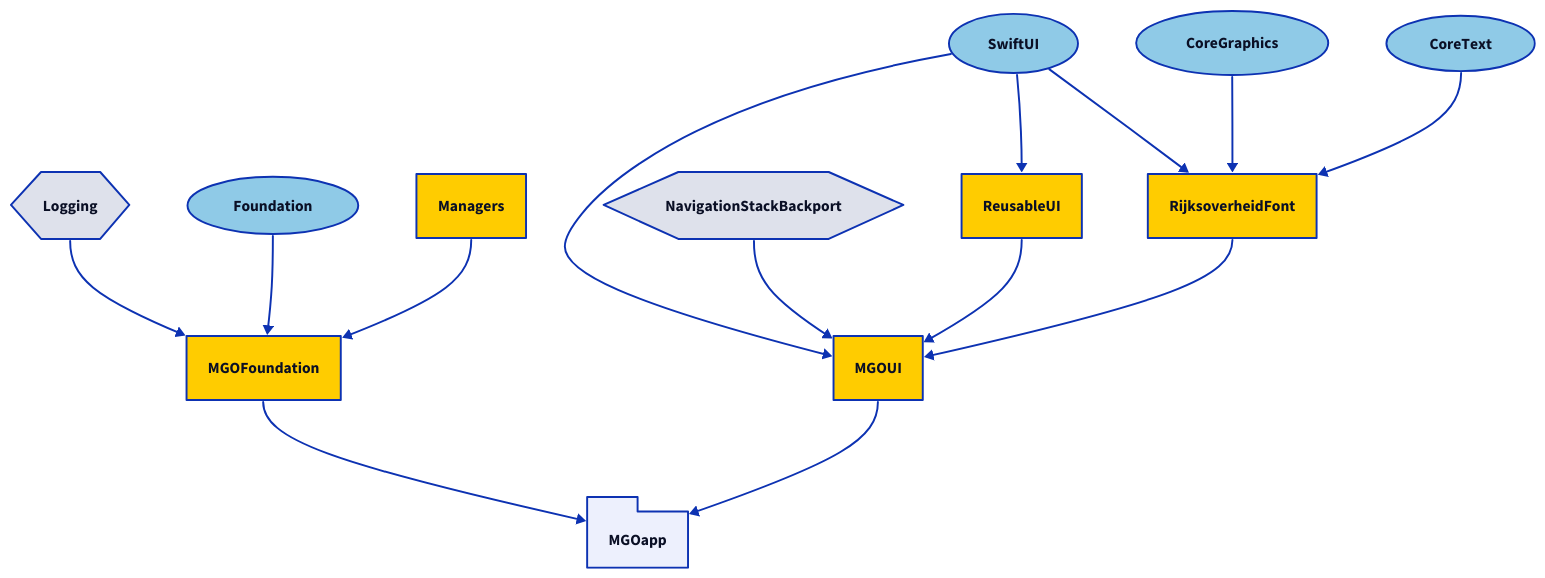
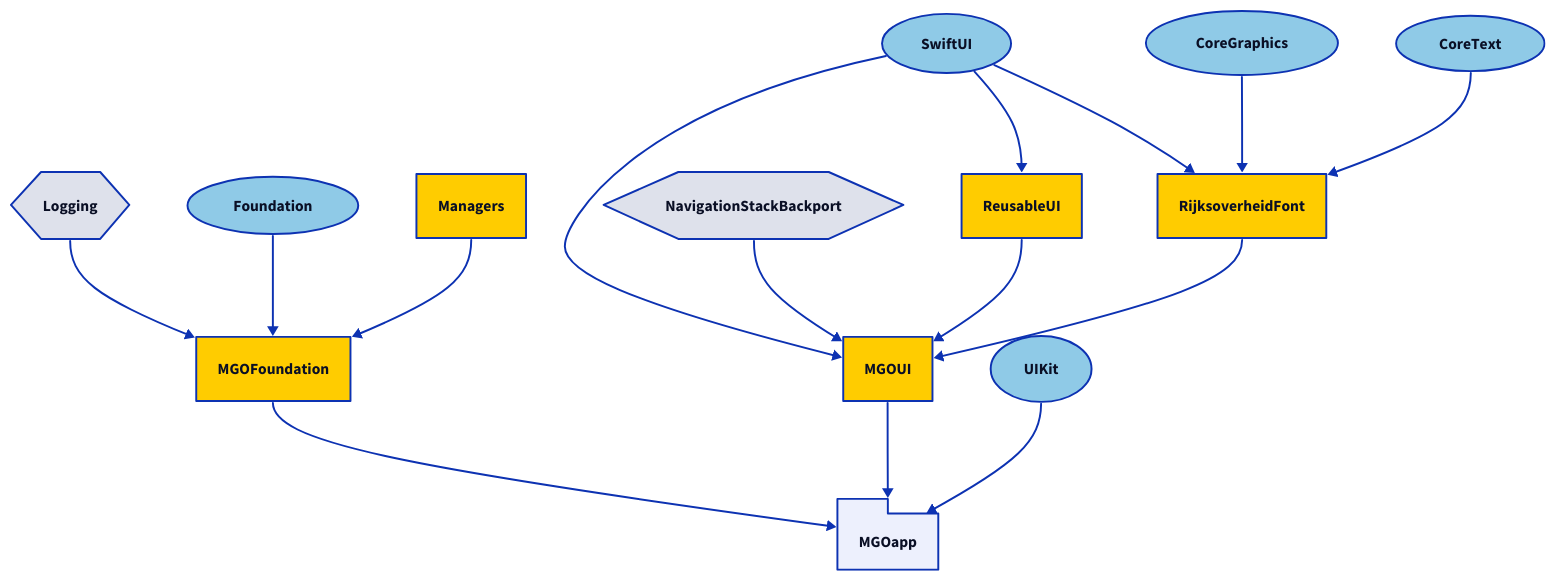
Before and after one commit to minvws/nl-mgo-app-ios: the diagram in Diagrams/packages-withouttests.d2, drawn with D2. The commit also changed 4 other files, not shown here.

```diff
--- a/Diagrams/packages-withouttests.d2
+++ b/Diagrams/packages-withouttests.d2
@@ -1,59 +1,64 @@
 direction: down
 
 # Apple
+UIKit: {
+  shape: oval
+  style.fill: "#8FCAE7"
+}
 SwiftUI: {
   shape: oval
   style.fill: "#8FCAE7"
 }
 Foundation: {
   shape: oval
   style.fill: "#8FCAE7"
 }
 CoreGraphics: {
   shape: oval
   style.fill: "#8FCAE7"
 }
 CoreText: {
   shape: oval
   style.fill: "#8FCAE7"
 }
 
 # Third-Party
 NavigationStackBackport: {
   shape: hexagon
 }
 Logging: {
   shape: hexagon
 }
 
 # The application
 
 MGOapp: {
   shape: package
 }
 
 MGOapp <- MGOFoundation
 MGOapp <- MGOUI
+MGOapp <- UIKit
 
-# - Packages - 
+# - Packages -
 
 MGOFoundation { style.fill: "#ffcc00" }
 MGOFoundation <- Logging
 MGOFoundation <- Foundation
 MGOFoundation <- Managers
 
 MGOUI { style.fill: "#ffcc00" }
 MGOUI <- SwiftUI
 MGOUI <- NavigationStackBackport
 MGOUI <- ReusableUI
 MGOUI <- RijksoverheidFont
 
 Managers { style.fill: "#ffcc00" }
 
 RijksoverheidFont { style.fill: "#ffcc00" }
 RijksoverheidFont <- SwiftUI
 RijksoverheidFont <- CoreGraphics
 RijksoverheidFont <- CoreText
 
 ReusableUI { style.fill: "#ffcc00" }
 ReusableUI <- SwiftUI
```
